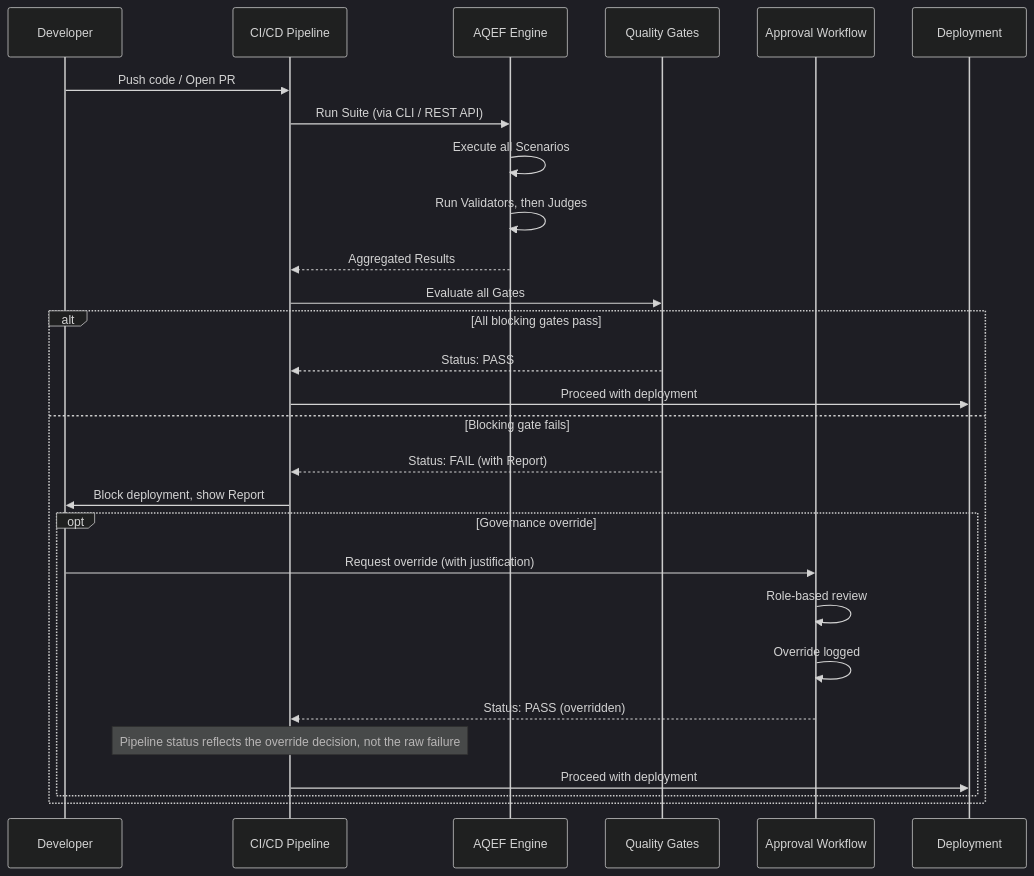
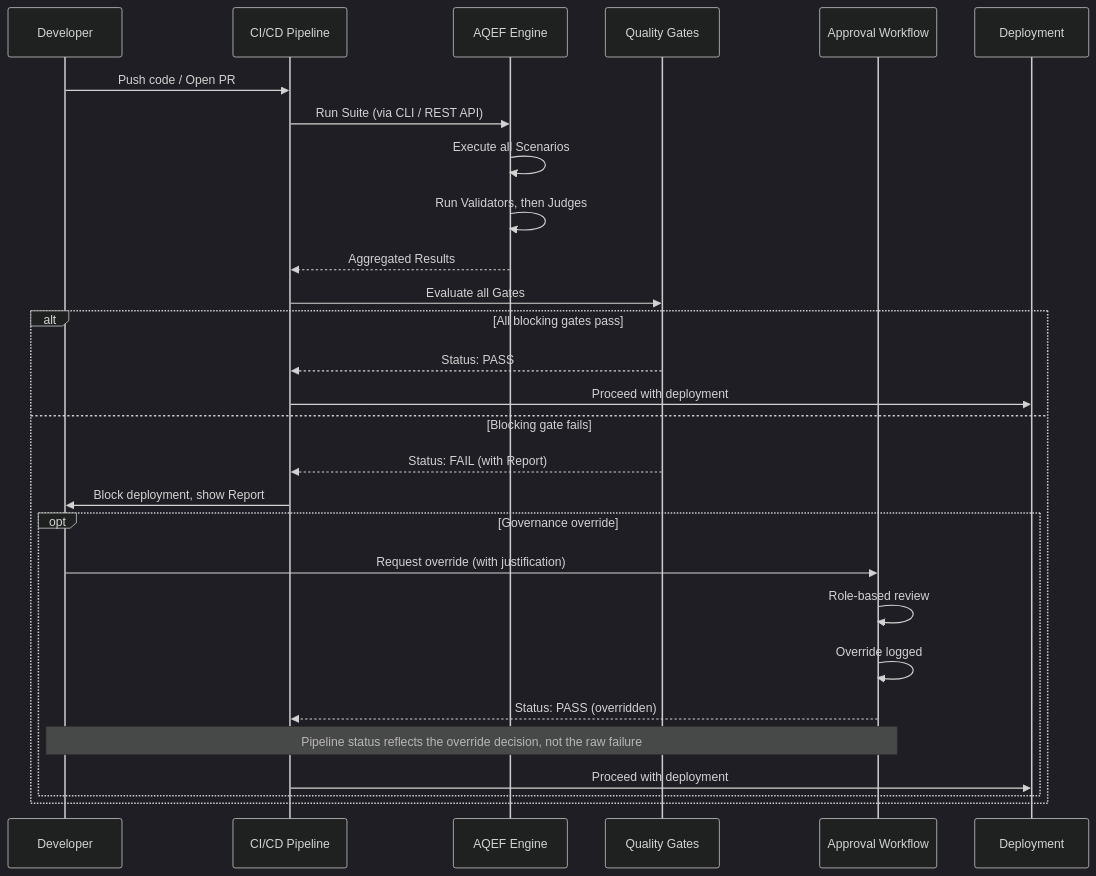
Before and after one commit to igorakymenko-create/AQEF: the fifth of 6 diagrams in appendices/appendix-f-sequence-diagrams.md, drawn with Mermaid (dark theme). The commit also changed other lines of this file and 25 other files, not shown here.

Commit message:
Fix consistency issues found in v0.2 audit: Result schema, Human Reviewer binding, terminology cleanup

````diff
--- a/appendices/appendix-f-sequence-diagrams.md
+++ b/appendices/appendix-f-sequence-diagrams.md
@@ -164,31 +164,31 @@
 ```mermaid
 sequenceDiagram
     participant Dev as Developer
     participant CI as CI/CD Pipeline
     participant AQ as AQEF Engine
     participant QG as Quality Gates
     participant AW as Approval Workflow
     participant Dep as Deployment
 
     Dev->>CI: Push code / Open PR
     CI->>AQ: Run Suite (via CLI / REST API)
     AQ->>AQ: Execute all Scenarios
     AQ->>AQ: Run Validators, then Judges
     AQ-->>CI: Aggregated Results
     CI->>QG: Evaluate all Gates
     alt All blocking gates pass
         QG-->>CI: Status: PASS
         CI->>Dep: Proceed with deployment
     else Blocking gate fails
         QG-->>CI: Status: FAIL (with Report)
         CI->>Dev: Block deployment, show Report
         opt Governance override
             Dev->>AW: Request override (with justification)
             AW->>AW: Role-based review
             AW->>AW: Override logged
             AW-->>CI: Status: PASS (overridden)
-            note over CI: Pipeline status reflects the override decision, not the raw failure
+            note over Dev,AW: Pipeline status reflects the override decision, not the raw failure
             CI->>Dep: Proceed with deployment
         end
     end
 ```
````
